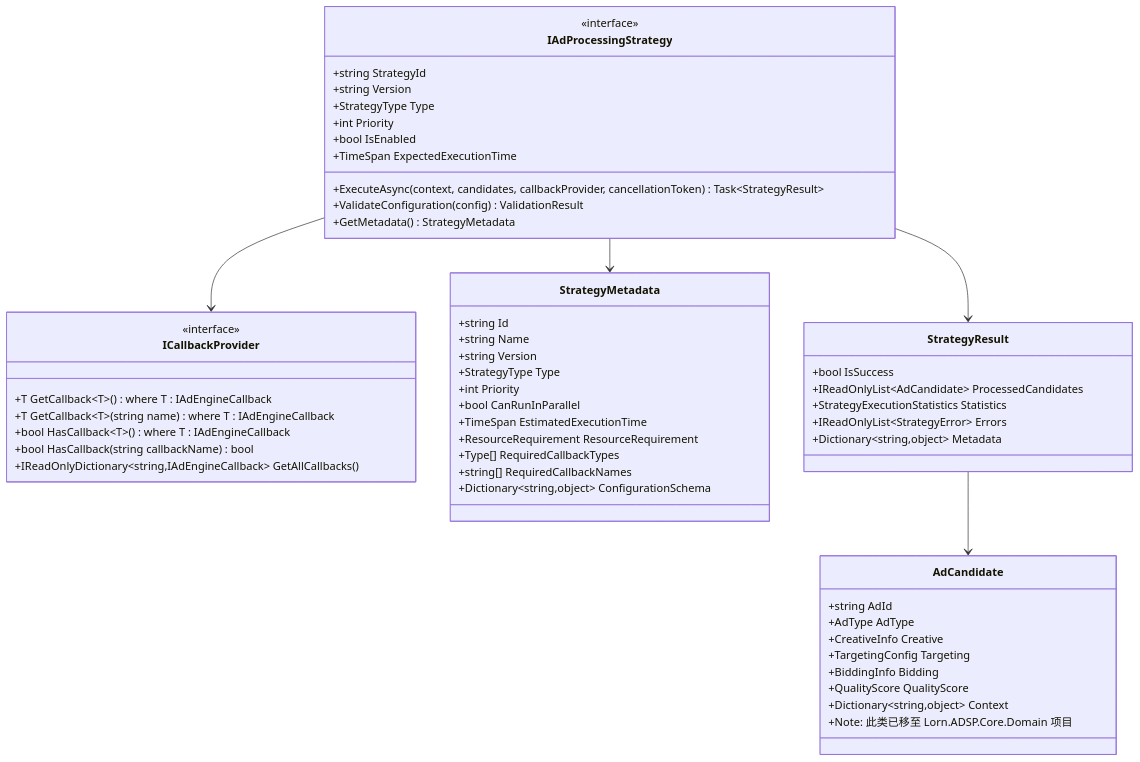
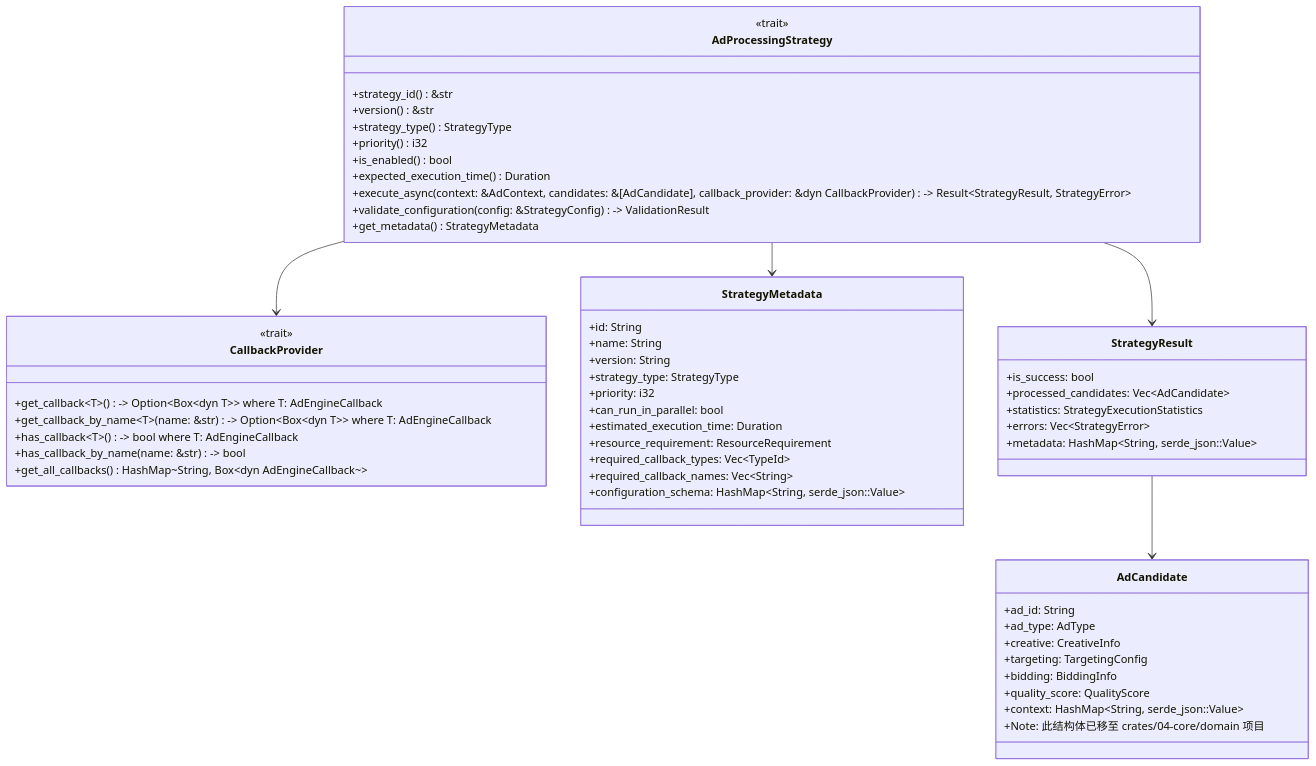
One commit to lornshrimp/Lorn.ADSP.Rust changed the second of 12 diagrams in docs_TecDesign/广告投放引擎/广告引擎抽象层设计.md. Above: the diagram before and after it, drawn with Mermaid. The commit also changed other lines of this file and 3 other files, not shown here.

````diff
--- a/docs_TecDesign/广告投放引擎/广告引擎抽象层设计.md
+++ b/docs_TecDesign/广告投放引擎/广告引擎抽象层设计.md
@@ -69,63 +69,63 @@
 ```mermaid
 classDiagram
-    class IAdProcessingStrategy {
-        <<interface>>
-        +string StrategyId
-        +string Version
-        +StrategyType Type
-        +int Priority
-        +bool IsEnabled
-        +TimeSpan ExpectedExecutionTime
-        +ExecuteAsync(context, candidates, callbackProvider, cancellationToken) Task~StrategyResult~
-        +ValidateConfiguration(config) ValidationResult
-        +GetMetadata() StrategyMetadata
+    class AdProcessingStrategy {
+        <<trait>>
+        +strategy_id() &str
+        +version() &str
+        +strategy_type() StrategyType
+        +priority() i32
+        +is_enabled() bool
+        +expected_execution_time() Duration
+        +execute_async(context: &AdContext, candidates: &[AdCandidate], callback_provider: &dyn CallbackProvider) -> Result~StrategyResult, StrategyError~
+        +validate_configuration(config: &StrategyConfig) -> ValidationResult
+        +get_metadata() StrategyMetadata
     }
     
-    class ICallbackProvider {
-        <<interface>>
-        +T GetCallback~T~() where T : IAdEngineCallback
-        +T GetCallback~T~(string name) where T : IAdEngineCallback
-        +bool HasCallback~T~() where T : IAdEngineCallback
-        +bool HasCallback(string callbackName) bool
-        +IReadOnlyDictionary~string,IAdEngineCallback~ GetAllCallbacks()
+    class CallbackProvider {
+        <<trait>>
+        +get_callback~T~() -> Option~Box~dyn T~~ where T: AdEngineCallback
+        +get_callback_by_name~T~(name: &str) -> Option~Box~dyn T~~ where T: AdEngineCallback
+        +has_callback~T~() -> bool where T: AdEngineCallback
+        +has_callback_by_name(name: &str) -> bool
+        +get_all_callbacks() HashMap~String, Box~dyn AdEngineCallback~~
     }
     
     class StrategyMetadata {
-        +string Id
-        +string Name
-        +string Version
-        +StrategyType Type
-        +int Priority
-        +bool CanRunInParallel
-        +TimeSpan EstimatedExecutionTime
-        +ResourceRequirement ResourceRequirement
-        +Type[] RequiredCallbackTypes
-        +string[] RequiredCallbackNames
-        +Dictionary~string,object~ ConfigurationSchema
+        +id: String
+        +name: String
+        +version: String
+        +strategy_type: StrategyType
+        +priority: i32
+        +can_run_in_parallel: bool
+        +estimated_execution_time: Duration
+        +resource_requirement: ResourceRequirement
+        +required_callback_types: Vec~TypeId~
+        +required_callback_names: Vec~String~
+        +configuration_schema: HashMap~String, serde_json::Value~
     }
     
     class StrategyResult {
-        +bool IsSuccess
-        +IReadOnlyList~AdCandidate~ ProcessedCandidates
-        +StrategyExecutionStatistics Statistics
-        +IReadOnlyList~StrategyError~ Errors
-        +Dictionary~string,object~ Metadata
+        +is_success: bool
+        +processed_candidates: Vec~AdCandidate~
+        +statistics: StrategyExecutionStatistics
+        +errors: Vec~StrategyError~
+        +metadata: HashMap~String, serde_json::Value~
     }
     
     class AdCandidate {
-        +string AdId
-        +AdType AdType
-        +CreativeInfo Creative
-        +TargetingConfig Targeting
-        +BiddingInfo Bidding
-        +QualityScore QualityScore
-        +Dictionary~string,object~ Context
-        +Note: 此类已移至 Lorn.ADSP.Core.Domain 项目
+        +ad_id: String
+        +ad_type: AdType
+        +creative: CreativeInfo
+        +targeting: TargetingConfig
+        +bidding: BiddingInfo
+        +quality_score: QualityScore
+        +context: HashMap~String, serde_json::Value~
+        +Note: 此结构体已移至 crates/04-core/domain 项目
     }
     
-    IAdProcessingStrategy --> StrategyMetadata
-    IAdProcessingStrategy --> StrategyResult
-    IAdProcessingStrategy --> ICallbackProvider
+    AdProcessingStrategy --> StrategyMetadata
+    AdProcessingStrategy --> StrategyResult
+    AdProcessingStrategy --> CallbackProvider
     StrategyResult --> AdCandidate
 
 ```
````
